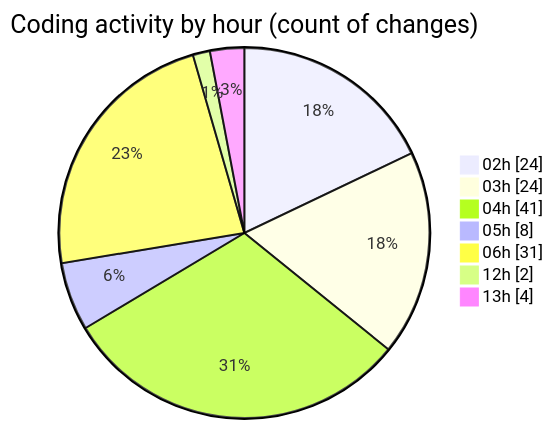
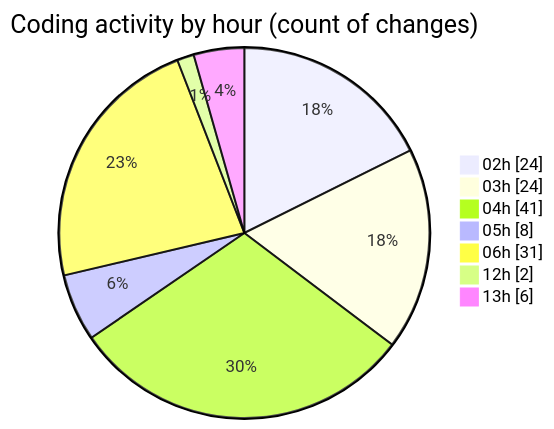
One commit to lephambinh05/code-tracking changed the second of 2 diagrams in 2025-07-23/quanlyrapchieuphim/README.md. Above: the diagram before and after it, drawn with Mermaid. The commit also changed other lines of this file and 1 other file, not shown here.

````diff
--- a/2025-07-23/quanlyrapchieuphim/README.md
+++ b/2025-07-23/quanlyrapchieuphim/README.md
@@ -42,11 +42,11 @@
 ```mermaid
 pie showData
 title Coding activity by hour (count of changes)
 "02h" : 24
 "03h" : 24
 "04h" : 41
 "05h" : 8
 "06h" : 31
 "12h" : 2
-"13h" : 4
+"13h" : 6
 ```
````
